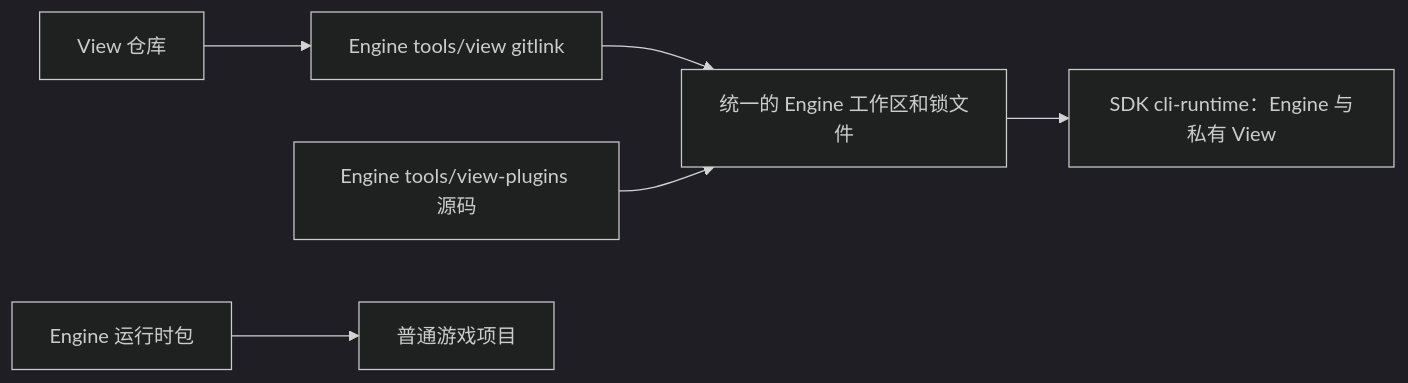
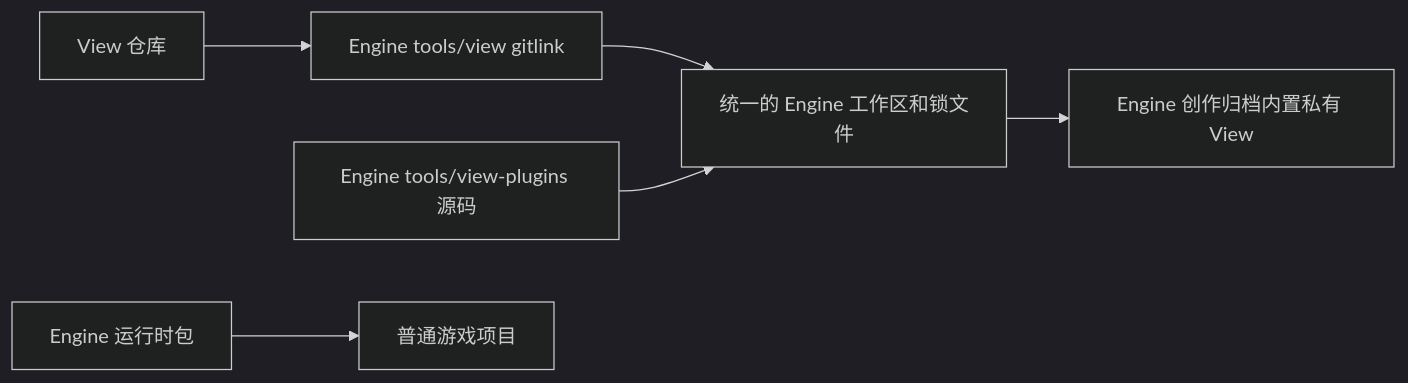
Before and after one commit to ForgeAX/forgeax-engine: the diagram in tools/view/README.zh-CN.md, drawn with Mermaid (dark theme). The commit also changed other lines of this file and 995 other files, not shown here.

````diff
--- a/tools/view/README.zh-CN.md
+++ b/tools/view/README.zh-CN.md
@@ -225,8 +226,8 @@
 ```mermaid
 flowchart LR
   Source["View 仓库"] --> Pin["Engine tools/view gitlink"]
   Pin --> Build["统一的 Engine 工作区和锁文件"]
   Plugins["Engine tools/view-plugins 源码"] --> Build
-  Build --> Tool["SDK cli-runtime：Engine 与私有 View"]
+  Build --> Tool["Engine 创作归档内置私有 View"]
   Engine["Engine 运行时包"] --> Game["普通游戏项目"]
 ```
````
